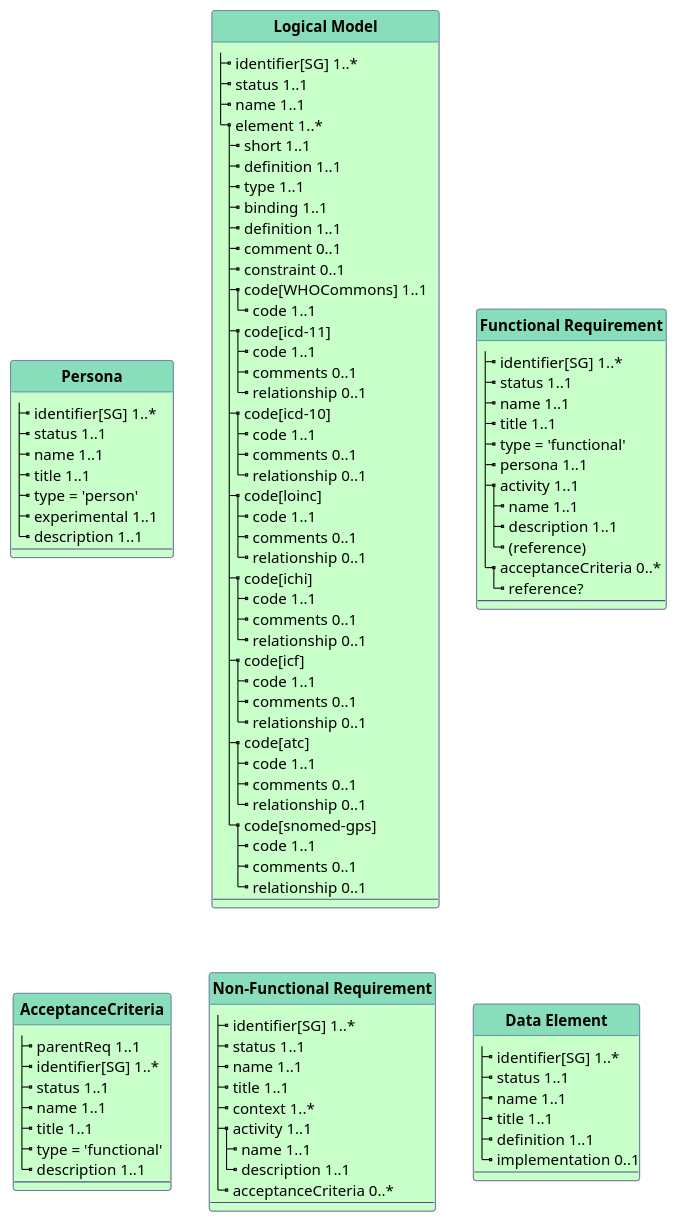
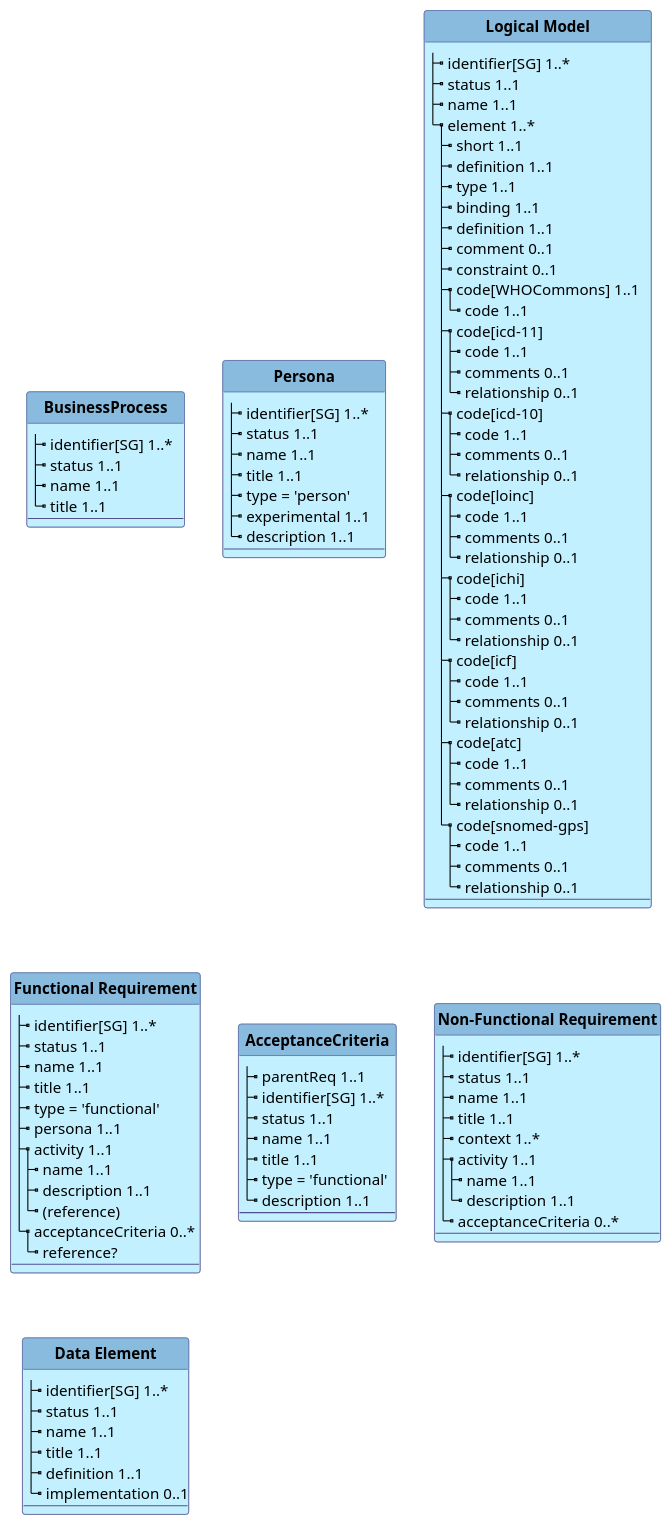
The diagram in input/images-source/model.plantuml (WorldHealthOrganization/smart-ig-starter-kit), drawn with PlantUML before and after one commit. The commit also changed 16 other files, not shown here.

```diff
--- a/input/images-source/model.plantuml
+++ b/input/images-source/model.plantuml
@@ -1,144 +1,152 @@
 @startuml
 'skinparam linetype ortho
 skinparam linetype polyline
 hide circle
 hide stereotype
 
 '!pragma layout smetana
 
 skinparam class<<MD>> {
  BorderColor DarkSlateGray
  BackgroundColor WhiteSmoke
  HeaderBackgroundColor #909090
 }
 
 skinparam class<<TM>> {
  BorderColor #505090
- BackgroundColor TECHNOLOGY
- HeaderBackgroundColor #8db
+ BackgroundColor APPLICATION
+ HeaderBackgroundColor #8bd
+}
+
+class "**BusinessProcess**" as Process<<TM>> {
+    |_ identifier[SG] 1..*   
+    |_ status 1..1
+    |_ name 1..1
+    |_ title 1..1
+    --
 }
 
     class "**Persona**" as Pers<<TM>> {
         |_ identifier[SG] 1..*   
         |_ status 1..1
         |_ name 1..1
         |_ title 1..1
         |_ type = 'person'
         |_ experimental 1..1    
         |_ description 1..1
         --
     }
 
     class "**Logical Model**" as LM<<TM>> {
         |_ identifier[SG] 1..*   
         |_ status 1..1
         |_ name 1..1
         |_ element 1..*
           |_ short 1..1
           |_ definition 1..1
           |_ type 1..1
           |_ binding 1..1
           |_ definition 1..1
           |_ comment 0..1
           |_ constraint 0..1
           |_ code[WHOCommons] 1..1   
 '            |_ system 1..1
             |_ code 1..1
           |_ code[icd-11]
 '            |_ system 1..1
             |_ code 1..1
             |_ comments 0..1
             |_ relationship 0..1
           |_ code[icd-10]
 '            |_ system 1..1
             |_ code 1..1
             |_ comments 0..1
             |_ relationship 0..1
           |_ code[loinc]
 '            |_ system 1..1
             |_ code 1..1
             |_ comments 0..1
             |_ relationship 0..1
           |_ code[ichi]
 '            |_ system 1..1
             |_ code 1..1
             |_ comments 0..1
             |_ relationship 0..1
           |_ code[icf]
 '            |_ system 1..1
             |_ code 1..1
             |_ comments 0..1
             |_ relationship 0..1
           |_ code[atc]
 '            |_ system 1..1
             |_ code 1..1
             |_ comments 0..1
             |_ relationship 0..1
           |_ code[snomed-gps]    
 '            |_ system 1..1
             |_ code 1..1
             |_ comments 0..1
             |_ relationship 0..1
         --
     }
 
 
 
     class "**Functional Requirement**" as FReq<<TM>> {
         |_ identifier[SG] 1..*   
         |_ status 1..1
         |_ name 1..1
         |_ title 1..1
         |_ type = 'functional'
         |_ persona 1..1
         |_ activity 1..1
           |_ name 1..1
           |_ description 1..1
           |_ (reference)
  '       |_ description 1..1
         |_ acceptanceCriteria 0..*
           |_ reference?
         --
     }
 
 
     class "**AcceptanceCriteria**" as AC<<TM>> {
         |_ parentReq 1..1
         |_ identifier[SG] 1..*   
         |_ status 1..1
         |_ name 1..1
         |_ title 1..1
         |_ type = 'functional'
         |_ description 1..1
         --
     }
 
 
     class "**Non-Functional Requirement**" as NFR<<TM>> {
         |_ identifier[SG] 1..*   
         |_ status 1..1
         |_ name 1..1
         |_ title 1..1
         |_ context 1..*
         |_ activity 1..1
           |_ name 1..1
           |_ description 1..1
         |_ acceptanceCriteria 0..*
         --
     }
 
 'do we capture the CQL definition for a term, if available?
 
 
     class "**Data Element**" as DE<<TM>> {
         |_ identifier[SG] 1..*   
         |_ status 1..1
         |_ name 1..1
         |_ title 1..1
         |_ definition 1..1
         |_ implementation 0..1
         --
     }
 
 
 @enduml
```
